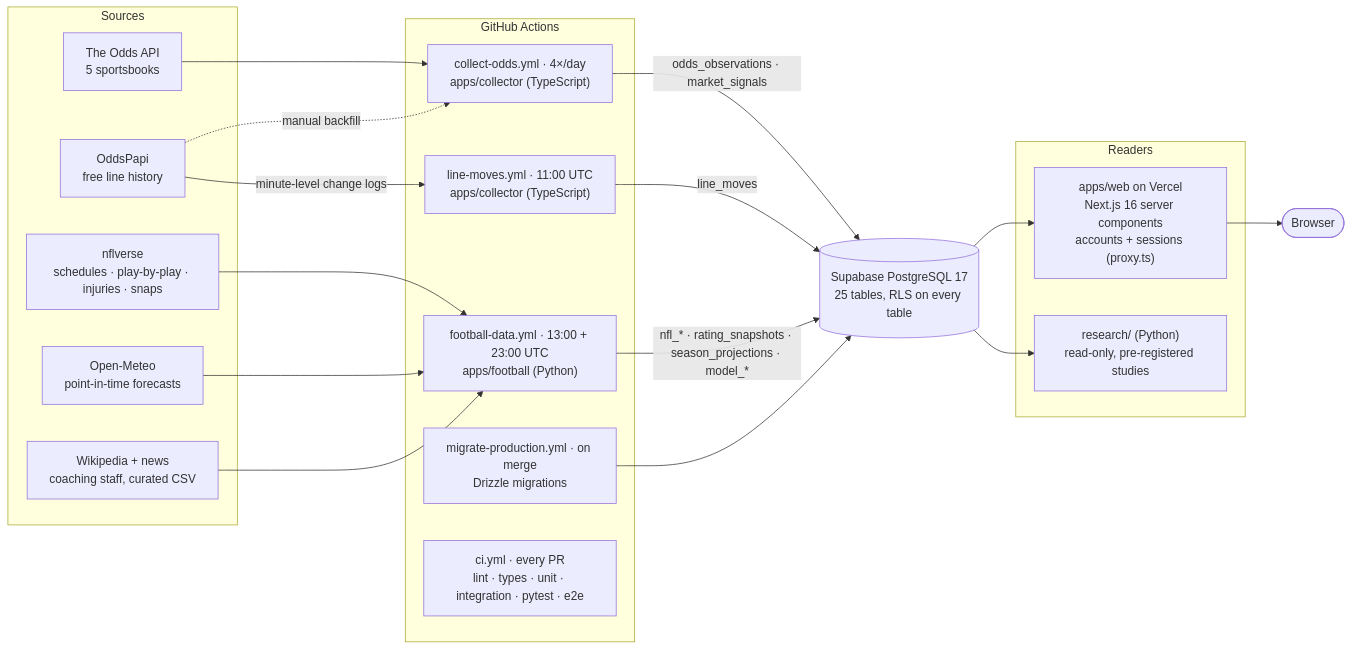
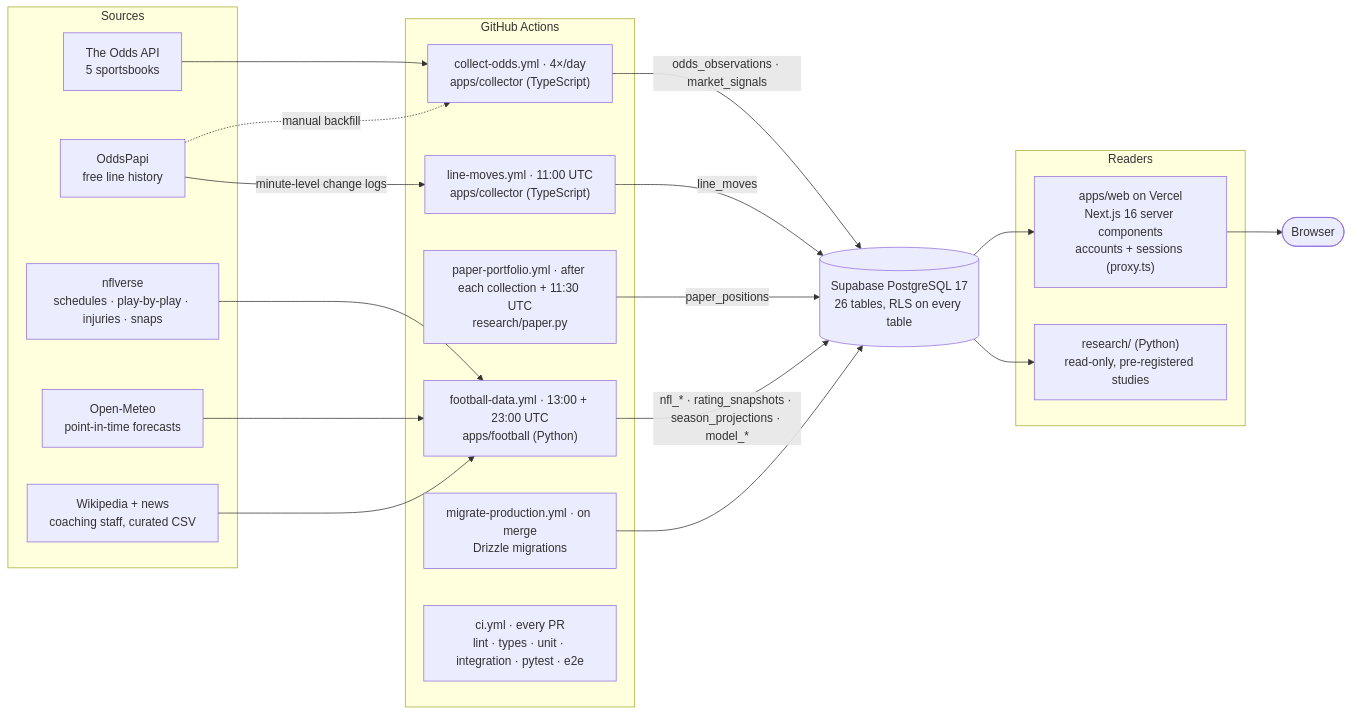
One commit to jackpendley/MarketScope changed the diagram in docs/ARCHITECTURE.md. Above: the diagram before and after it, drawn with Mermaid. The commit also changed other lines of this file and 40 other files, not shown here.

First line of the commit message:
MS-045b: paper portfolio (ADR-056) + neutral-site context fix (#63)

````diff
--- a/docs/ARCHITECTURE.md
+++ b/docs/ARCHITECTURE.md
@@ -14,39 +14,41 @@
 ```mermaid
 flowchart LR
   subgraph Sources
     OA[The Odds API<br/>5 sportsbooks]
     OP[OddsPapi<br/>free line history]
     NV[nflverse<br/>schedules · play-by-play · injuries · snaps]
     OM[Open-Meteo<br/>point-in-time forecasts]
     WP[Wikipedia + news<br/>coaching staff, curated CSV]
   end
 
   subgraph Jobs["GitHub Actions"]
     C["collect-odds.yml · 4×/day<br/>apps/collector (TypeScript)"]
     L["line-moves.yml · 11:00 UTC<br/>apps/collector (TypeScript)"]
+    P["paper-portfolio.yml · after each collection + 11:30 UTC<br/>research/paper.py"]
     F["football-data.yml · 13:00 + 23:00 UTC<br/>apps/football (Python)"]
     M["migrate-production.yml · on merge<br/>Drizzle migrations"]
     CI["ci.yml · every PR<br/>lint · types · unit · integration · pytest · e2e"]
   end
 
-  DB[("Supabase PostgreSQL 17<br/>25 tables, RLS on every table")]
+  DB[("Supabase PostgreSQL 17<br/>26 tables, RLS on every table")]
 
   subgraph Readers
     W["apps/web on Vercel<br/>Next.js 16 server components<br/>accounts + sessions (proxy.ts)"]
     R["research/ (Python)<br/>read-only, pre-registered studies"]
   end
 
   OA --> C
   OP -. manual backfill .-> C
   OP -->|minute-level change logs| L
   NV --> F
   OM --> F
   WP --> F
   C -->|odds_observations · market_signals| DB
   L -->|line_moves| DB
+  P -->|paper_positions| DB
   F -->|nfl_* · rating_snapshots · season_projections · model_*| DB
   M --> DB
   DB --> W
   DB --> R
   W --> B([Browser])
 ```
````
